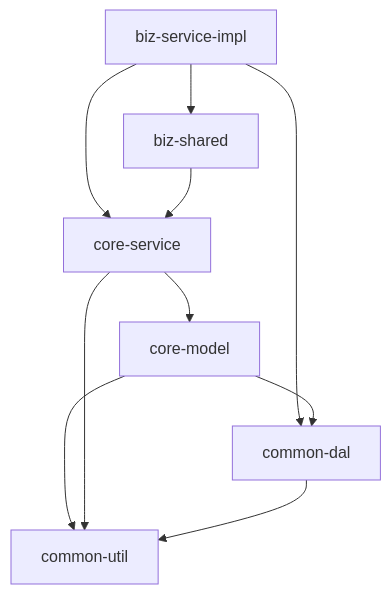
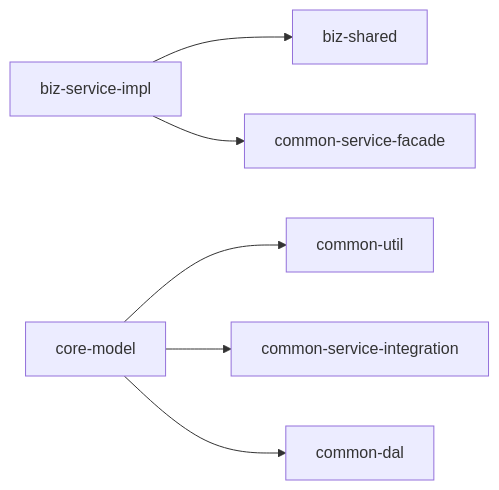
One commit to magicliang/domain-driven-transaction-sys changed the sixth of 6 diagrams in .qoder/repowiki/zh/content/架构设计/架构评估报告-DDD-COLA-SOFA.md. Above: the diagram before and after it, drawn with Mermaid. The commit also changed other lines of this file and 1 other file, not shown here.

````diff
--- a/.qoder/repowiki/zh/content/架构设计/架构评估报告-DDD-COLA-SOFA.md
+++ b/.qoder/repowiki/zh/content/架构设计/架构评估报告-DDD-COLA-SOFA.md
@@ -246,12 +222,8 @@
 ```mermaid
-graph TB
-BSI["biz-service-impl"] --> BSH["biz-shared"]
-BSI --> CS["core-service"]
-BSI --> CDAL["common-dal"]
-BSH --> CS
-CS --> CM["core-model"]
-CM --> CDAL
-CM --> CU["common-util"]
-CS --> CU
-CDAL --> CU
+graph LR
+BIZ_IMPL["biz-service-impl"] --> BIZ_SHARED["biz-shared"]
+BIZ_IMPL --> FACADE["common-service-facade"]
+CORE_MODEL["core-model"] --> COMMON_UTIL["common-util"]
+CORE_MODEL --> COMMON_INT["common-service-integration"]
+CORE_MODEL --> COMMON_DAL["common-dal"]
 ```
````
